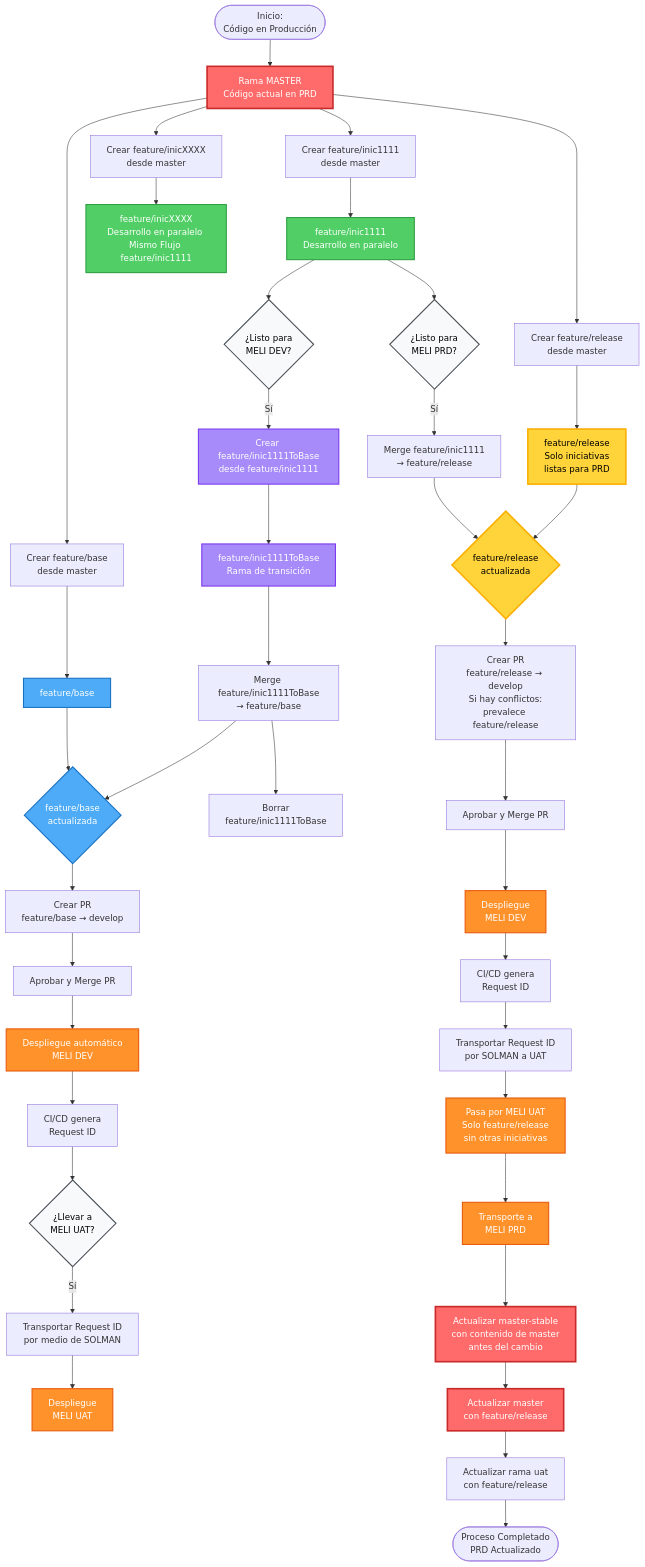
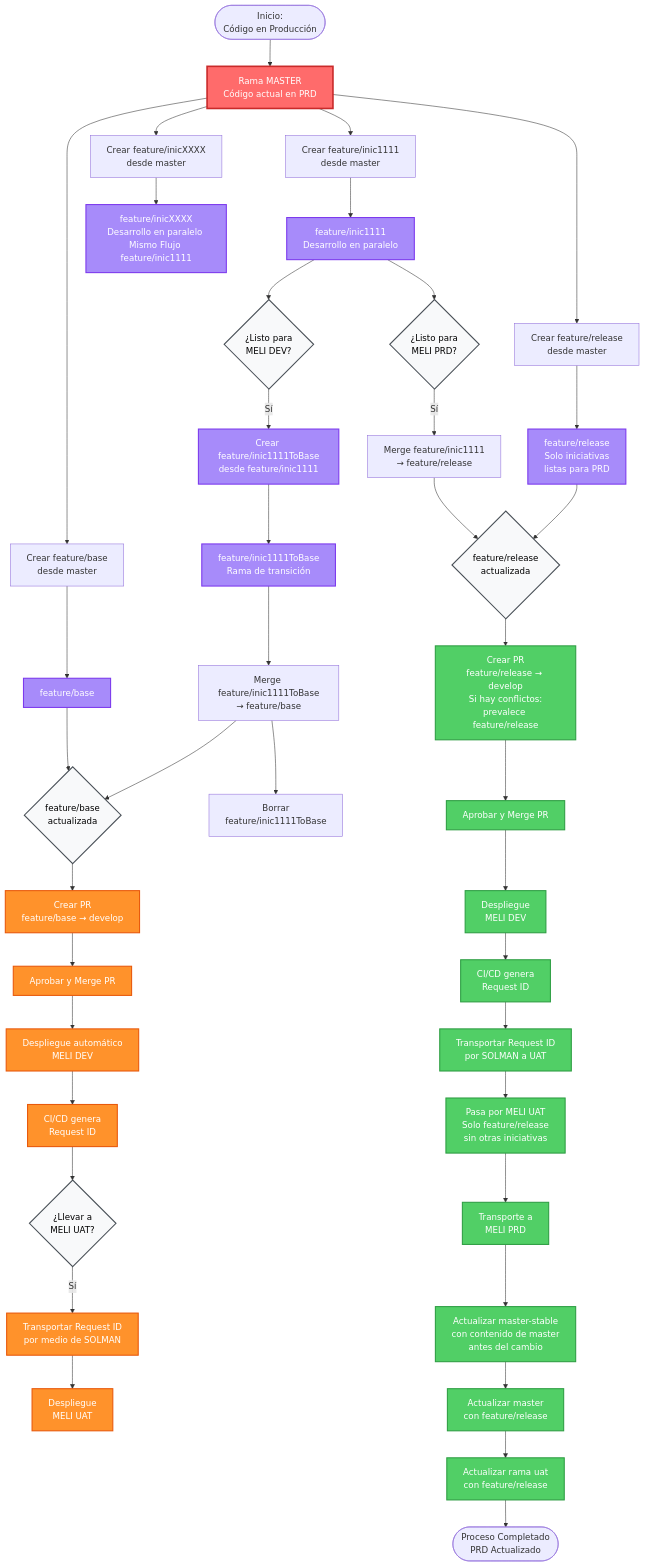
The first of 2 diagrams in flujo-github-paralelo.md (jajaramillo/flujo-github-paralelo), drawn with Mermaid before and after one commit. The commit also changed other lines of this file, not shown here.

Commit message:
Refactor flow diagram styles and update labels

````diff
--- a/flujo-github-paralelo.md
+++ b/flujo-github-paralelo.md
@@ -5,78 +5,82 @@
 ```mermaid
 flowchart TD
     Start([Inicio:<br/>Código en Producción]) --> Master[Rama MASTER<br/>Código actual en PRD]
     
     Master --> CreateBase[Crear feature/base<br/>desde master]
     Master --> CreateDev1[Crear feature/inic1111<br/>desde master]    
     Master --> CreateDevN[Crear feature/inicXXXX<br/>desde master]
     
     CreateBase --> Base[feature/base]
     CreateDev1 --> Dev1[feature/inic1111<br/>Desarrollo en paralelo]    
     CreateDevN --> DevN[feature/inicXXXX<br/>Desarrollo en paralelo Mismo Flujo feature/inic1111]
     
     %% Flujo para MELI DEV
     Dev1 --> DecisionDev1{¿Listo para<br/>MELI DEV?}
     DecisionDev1 -->|Sí| CreateTrans1[Crear feature/inic1111ToBase<br/>desde feature/inic1111]
     CreateTrans1 --> Trans1[feature/inic1111ToBase<br/>Rama de transición]
     Trans1 --> MergeToBase1[Merge feature/inic1111ToBase<br/>→ feature/base]
     
           
     Base --> BaseLista
     MergeToBase1 --> BaseLista{feature/base<br/>actualizada}
     MergeToBase1 --> DeleteTrans1[Borrar<br/>feature/inic1111ToBase]
     
     BaseLista --> PRDev[Crear PR<br/>feature/base → develop]
     PRDev --> ApproveDev[Aprobar y Merge PR]
     ApproveDev --> DeployDev[Despliegue automático<br/>MELI DEV]
     DeployDev --> RequestIDDev[CI/CD genera<br/>Request ID]
     
     %% Flujo para MELI UAT
     RequestIDDev --> DecisionUAT{¿Llevar a<br/>MELI UAT?}
     DecisionUAT -->|Sí| TransportUAT[Transportar Request ID<br/>por medio de SOLMAN]
     TransportUAT --> DeployUAT[Despliegue<br/>MELI UAT]
     
     %% Flujo para MELI PRD
     Dev1 --> DecisionPRD1{¿Listo para<br/>MELI PRD?}
-
     
     Master --> CreateRelease[Crear feature/release<br/>desde master]
     CreateRelease --> Release[feature/release<br/>Solo iniciativas<br/>listas para PRD]
     
     DecisionPRD1 -->|Sí| MergeToRelease1[Merge feature/inic1111<br/>→ feature/release]
         
     MergeToRelease1 --> ReleaseLista{feature/release<br/>actualizada}
     Release --> ReleaseLista
     
     ReleaseLista --> PRProd[Crear PR<br/>feature/release → develop<br/>Si hay conflictos:<br/>prevalece feature/release]
     PRProd --> ApproveProd[Aprobar y Merge PR]
     ApproveProd --> DeployDevProd[Despliegue<br/>MELI DEV]
     DeployDevProd --> RequestIDProd[CI/CD genera<br/>Request ID]
     
     RequestIDProd --> TransportProd[Transportar Request ID<br/>por SOLMAN a UAT]
     TransportProd --> UATCheck[Pasa por MELI UAT<br/>Solo feature/release<br/>sin otras iniciativas]
     UATCheck --> TransportPRD[Transporte a<br/>MELI PRD]
     
     %% Actualización post-producción
     TransportPRD --> UpdateStable[Actualizar master-stable<br/>con contenido de master<br/>antes del cambio]
     UpdateStable --> UpdateMaster[Actualizar master<br/>con feature/release]
     UpdateMaster --> UpdateUAT[Actualizar rama uat<br/>con feature/release]
     
     UpdateUAT --> End([Proceso Completado<br/>PRD Actualizado])
     
     %% Estilos
-    classDef masterStyle fill:#ff6b6b,stroke:#c92a2a,stroke-width:3px,color:#fff
-    classDef baseStyle fill:#4dabf7,stroke:#1971c2,stroke-width:2px,color:#fff
-    classDef devStyle fill:#51cf66,stroke:#2f9e44,stroke-width:2px,color:#fff
-    classDef releaseStyle fill:#ffd43b,stroke:#fab005,stroke-width:3px,color:#000
-    classDef transStyle fill:#a78bfa,stroke:#7c3aed,stroke-width:2px,color:#fff
-    classDef deployStyle fill:#ff922b,stroke:#e8590c,stroke-width:2px,color:#fff
+    classDef mainBranchStyle fill:#ff6b6b,stroke:#c92a2a,stroke-width:3px,color:#fff
+    classDef featureBranchStyle fill:#a78bfa,stroke:#7c3aed,stroke-width:2px,color:#fff
+    classDef devPathStyle fill:#ff922b,stroke:#e8590c,stroke-width:2px,color:#fff
+    classDef prdPathStyle fill:#51cf66,stroke:#2f9e44,stroke-width:2px,color:#fff
     classDef decisionStyle fill:#f8f9fa,stroke:#495057,stroke-width:2px,color:#000
     
-    class Master,UpdateMaster,UpdateStable masterStyle
-    class Base,BaseLista baseStyle
-    class Dev1,DevN devStyle
-    class Release,ReleaseLista releaseStyle
-    class Trans1,CreateTrans1 transStyle
-    class DeployDev,DeployUAT,DeployDevProd,TransportPRD,UATCheck deployStyle
-    class DecisionDev1,DecisionUAT,DecisionPRD1 decisionStyle
+    %% Ramas principales: develop, uat, master
+    class Master mainBranchStyle
+    
+    %% Ramas de trabajo: feature/*, master-stable
+    class Base,Dev1,DevN,Trans1,CreateTrans1,Release featureBranchStyle
+    
+    %% Camino DEV (naranja) - comienza desde PRDev
+    class PRDev,ApproveDev,DeployDev,RequestIDDev,TransportUAT,DeployUAT devPathStyle
+    
+    %% Camino PRD (verde)
+    class PRProd,ApproveProd,DeployDevProd,RequestIDProd,TransportProd,UATCheck,TransportPRD,UpdateStable,UpdateMaster,UpdateUAT prdPathStyle
+    
+    %% Decisiones e informativos
+    class DecisionDev1,DecisionPRD1,DecisionUAT,BaseLista,ReleaseLista decisionStyle
 ```
````
